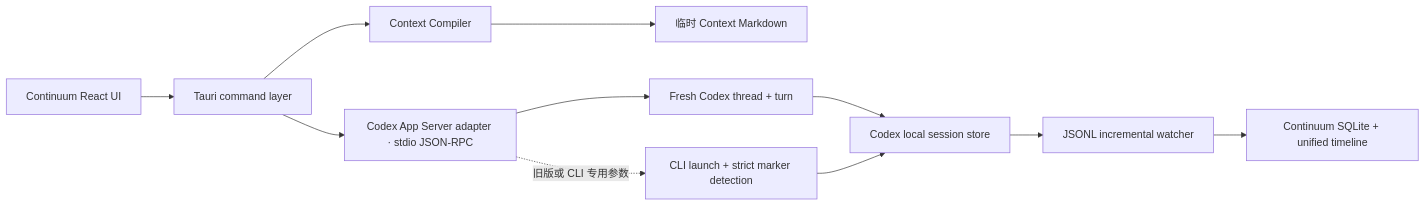
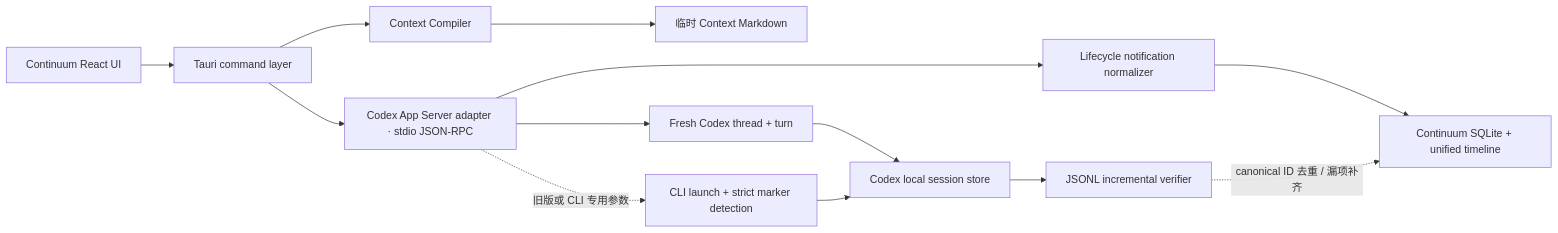
The diagram in docs/developing-with-chatgpt-codex-client.md (YESNOPLEASEQI/Continuum), drawn with Mermaid before and after one commit. The commit also changed other lines of this file and 49 other files, not shown here.

````diff
--- a/docs/developing-with-chatgpt-codex-client.md
+++ b/docs/developing-with-chatgpt-codex-client.md
@@ -33,13 +33,15 @@
 ```mermaid
 flowchart LR
   UI["Continuum React UI"] --> Tauri["Tauri command layer"]
   Tauri --> Compiler["Context Compiler"]
   Compiler --> File["临时 Context Markdown"]
   Tauri --> AS["Codex App Server adapter · stdio JSON-RPC"]
   AS --> Codex["Fresh Codex thread + turn"]
+  AS --> Events["Lifecycle notification normalizer"]
+  Events --> DB["Continuum SQLite + unified timeline"]
   Codex --> Store["Codex local session store"]
-  Store --> Watcher["JSONL incremental watcher"]
-  Watcher --> DB["Continuum SQLite + unified timeline"]
+  Store --> Watcher["JSONL incremental verifier"]
+  Watcher -. "canonical ID 去重 / 漏项补齐" .-> DB
   AS -. "旧版或 CLI 专用参数" .-> Fallback["CLI launch + strict marker detection"]
   Fallback --> Store
 ```
````
